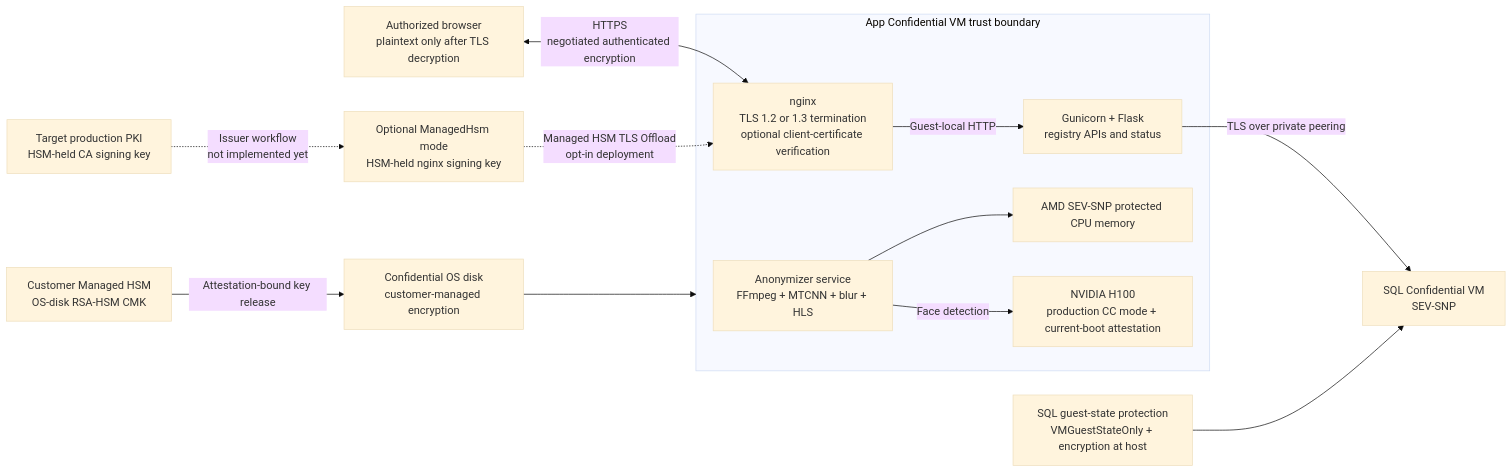
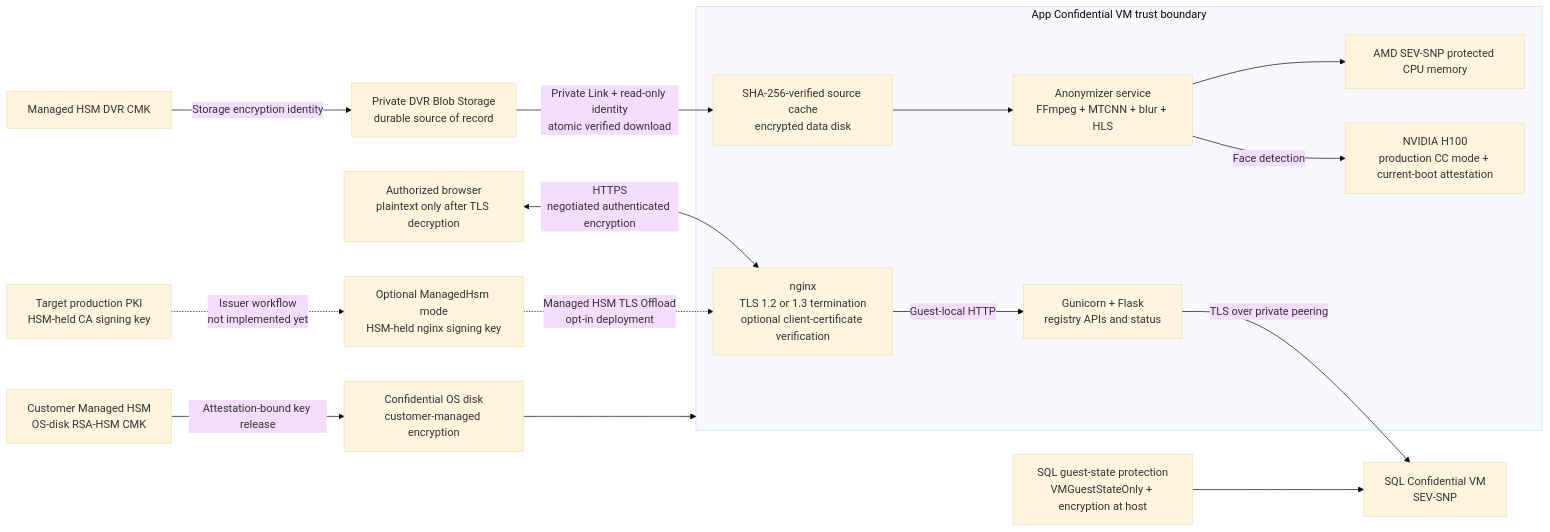
One commit to vinfnet/confidential-computing changed the fourth of 9 diagrams in sov-examples/citizen-registry-advanced/README.md. Above: the diagram before and after it, drawn with Mermaid (base theme). The commit also changed other lines of this file and 3 other files, not shown here.

Commit message:
docs: document private DVR storage architecture

````diff
--- a/sov-examples/citizen-registry-advanced/README.md
+++ b/sov-examples/citizen-registry-advanced/README.md
@@ -486,26 +501,29 @@
 ```mermaid
 flowchart LR
   Browser[Authorized browser<br/>plaintext only after TLS decryption]
 
   subgraph AppTee[App Confidential VM trust boundary]
     Nginx[nginx<br/>TLS 1.2 or 1.3 termination<br/>optional client-certificate verification]
     Flask[Gunicorn + Flask<br/>registry APIs and status]
     Worker[Anonymizer service<br/>FFmpeg + MTCNN + blur + HLS]
+    Cache[SHA-256-verified source cache<br/>encrypted data disk]
     Cpu[AMD SEV-SNP protected CPU memory]
     Gpu[NVIDIA H100<br/>production CC mode + current-boot attestation]
     Nginx -->|Guest-local HTTP| Flask
-    Worker --> Cpu
+    Cache --> Worker --> Cpu
     Worker -->|Face detection| Gpu
   end
 
   Browser <-->|HTTPS<br/>negotiated authenticated encryption| Nginx
   Flask -->|TLS over private peering| Sql[SQL Confidential VM<br/>SEV-SNP]
+  Dvr[Private DVR Blob Storage<br/>durable source of record] -->|Private Link + read-only identity<br/>atomic verified download| Cache
+  DvrKey[Managed HSM DVR CMK] -->|Storage encryption identity| Dvr
   AppDisk[Confidential OS disk<br/>customer-managed encryption] --> AppTee
   SqlProtection[SQL guest-state protection<br/>VMGuestStateOnly + encryption at host] --> Sql
   Hsm[Customer Managed HSM<br/>OS-disk RSA-HSM CMK] -->|Attestation-bound key release| AppDisk
 
   Optional[Optional ManagedHsm mode<br/>HSM-held nginx signing key]
   Optional -.->|Managed HSM TLS Offload<br/>opt-in deployment| Nginx
   Target[Target production PKI<br/>HSM-held CA signing key]
   Target -.->|Issuer workflow<br/>not implemented yet| Optional
 ```
````
